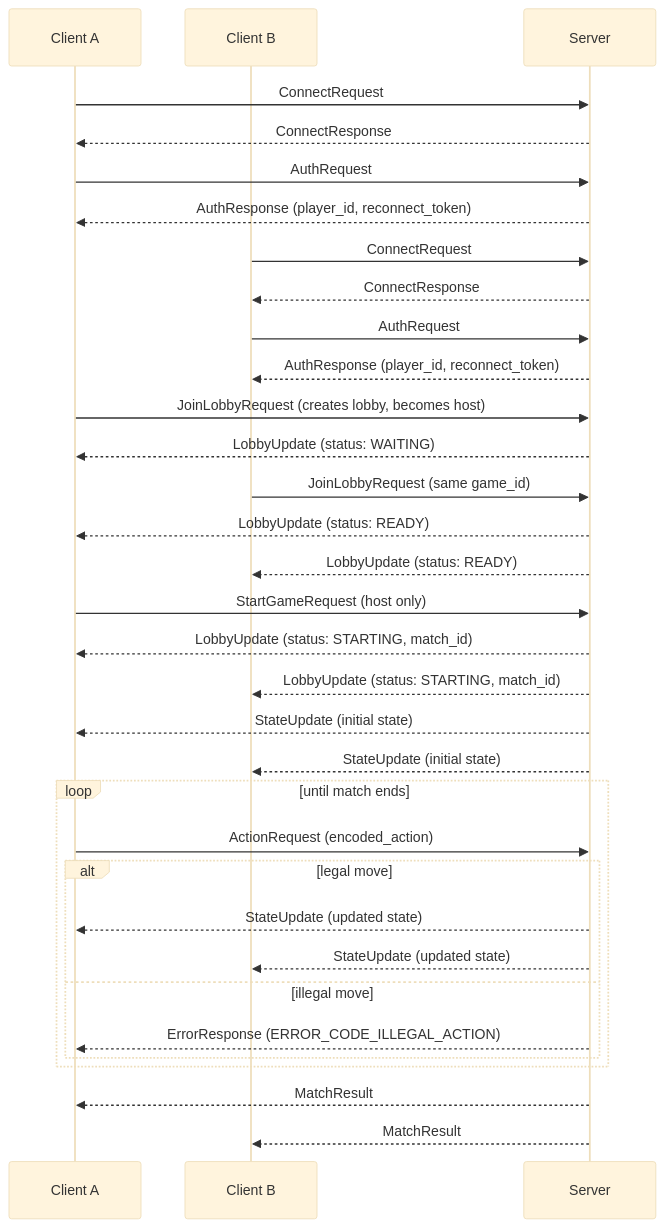
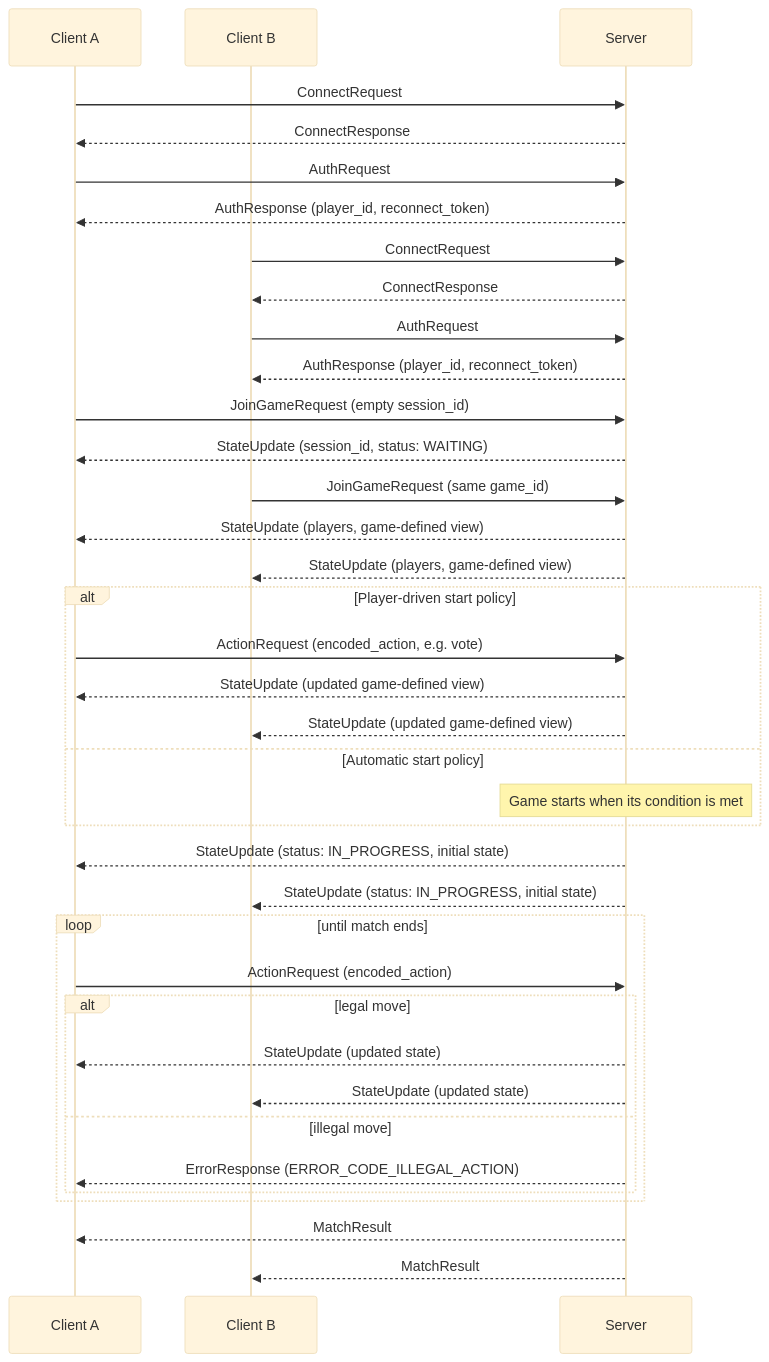
One commit to stevenlagoy/RAMServer-Core changed the diagram in docs/protocol.md. Above: the diagram before and after it, drawn with Mermaid (base theme). The commit also changed other lines of this file and 4 other files, not shown here.

````diff
--- a/docs/protocol.md
+++ b/docs/protocol.md
@@ -164,41 +273,45 @@
 ```mermaid
 sequenceDiagram
     participant A as Client A
     participant B as Client B
     participant S as Server
 
     A->>S: ConnectRequest
     S-->>A: ConnectResponse
     A->>S: AuthRequest
     S-->>A: AuthResponse (player_id, reconnect_token)
 
     B->>S: ConnectRequest
     S-->>B: ConnectResponse
     B->>S: AuthRequest
     S-->>B: AuthResponse (player_id, reconnect_token)
 
-    A->>S: JoinLobbyRequest (creates lobby, becomes host)
-    S-->>A: LobbyUpdate (status: WAITING)
-    B->>S: JoinLobbyRequest (same game_id)
-    S-->>A: LobbyUpdate (status: READY)
-    S-->>B: LobbyUpdate (status: READY)
+    A->>S: JoinGameRequest (empty session_id)
+    S-->>A: StateUpdate (session_id, status: WAITING)
+    B->>S: JoinGameRequest (same game_id)
+    S-->>A: StateUpdate (players, game-defined view)
+    S-->>B: StateUpdate (players, game-defined view)
 
-    A->>S: StartGameRequest (host only)
-    S-->>A: LobbyUpdate (status: STARTING, match_id)
-    S-->>B: LobbyUpdate (status: STARTING, match_id)
-    S-->>A: StateUpdate (initial state)
-    S-->>B: StateUpdate (initial state)
+    alt Player-driven start policy
+        A->>S: ActionRequest (encoded_action, e.g. vote)
+        S-->>A: StateUpdate (updated game-defined view)
+        S-->>B: StateUpdate (updated game-defined view)
+    else Automatic start policy
+        Note over S: Game starts when its condition is met
+    end
+    S-->>A: StateUpdate (status: IN_PROGRESS, initial state)
+    S-->>B: StateUpdate (status: IN_PROGRESS, initial state)
 
     loop until match ends
         A->>S: ActionRequest (encoded_action)
         alt legal move
             S-->>A: StateUpdate (updated state)
             S-->>B: StateUpdate (updated state)
         else illegal move
             S-->>A: ErrorResponse (ERROR_CODE_ILLEGAL_ACTION)
         end
     end
 
     S-->>A: MatchResult
     S-->>B: MatchResult
 ```
````
